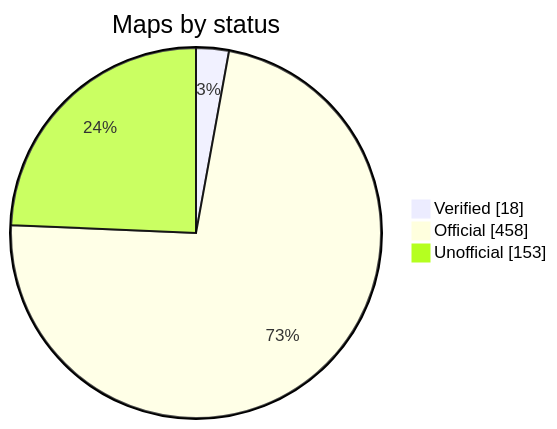
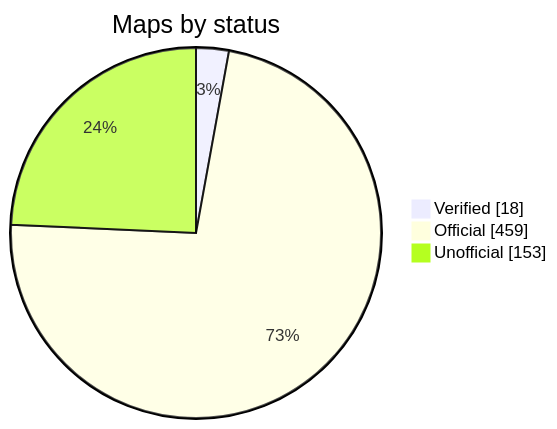
The diagram in README.md (nobrega8/mbmap-library), drawn with Mermaid before and after one commit. The commit also changed 6 other files, not shown here.

````diff
--- a/README.md
+++ b/README.md
@@ -52,7 +52,7 @@
 ```mermaid
 pie showData
     title Maps by status
     "Verified" : 18
-    "Official" : 458
+    "Official" : 459
     "Unofficial" : 153
 ```
````
